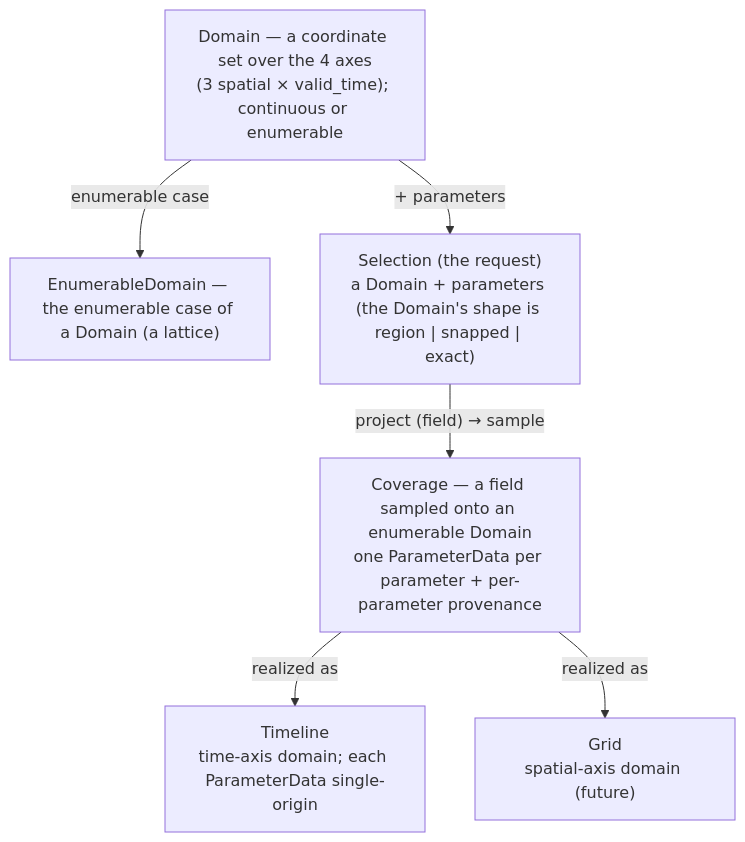
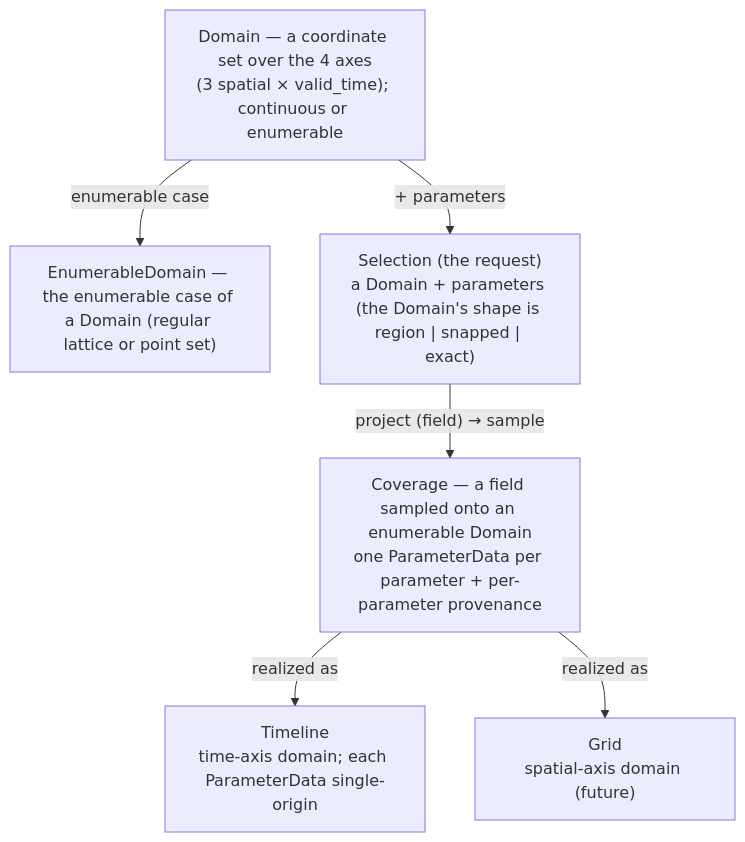
Before and after one commit to dveyarangi/meteoscape: the second of 3 diagrams in docs/architecture.md, drawn with Mermaid. The commit also changed other lines of this file and 35 other files, not shown here.

````diff
--- a/docs/architecture.md
+++ b/docs/architecture.md
@@ -76,15 +76,15 @@
 ```mermaid
 flowchart TB
   DOMAIN["Domain — a coordinate set over the 4 axes<br/>(3 spatial × valid_time); continuous or enumerable"]
-  GEOM["EnumerableDomain — the enumerable case of a Domain (a lattice)"]
+  GEOM["EnumerableDomain — the enumerable case of a Domain (regular lattice or point set)"]
   SEL["Selection (the request)<br/>a Domain + parameters (the Domain's shape is region | snapped | exact)"]
   COV["Coverage — a field sampled onto an enumerable Domain<br/>one ParameterData per parameter + per-parameter provenance"]
   TL["Timeline<br/>time-axis domain; each ParameterData single-origin"]
   GRID["Grid<br/>spatial-axis domain (future)"]
 
   DOMAIN -->|enumerable case| GEOM
   DOMAIN -->|+ parameters| SEL
   SEL -->|"project (field) → sample"| COV
   COV -->|realized as| TL
   COV -->|realized as| GRID
 ```
````
